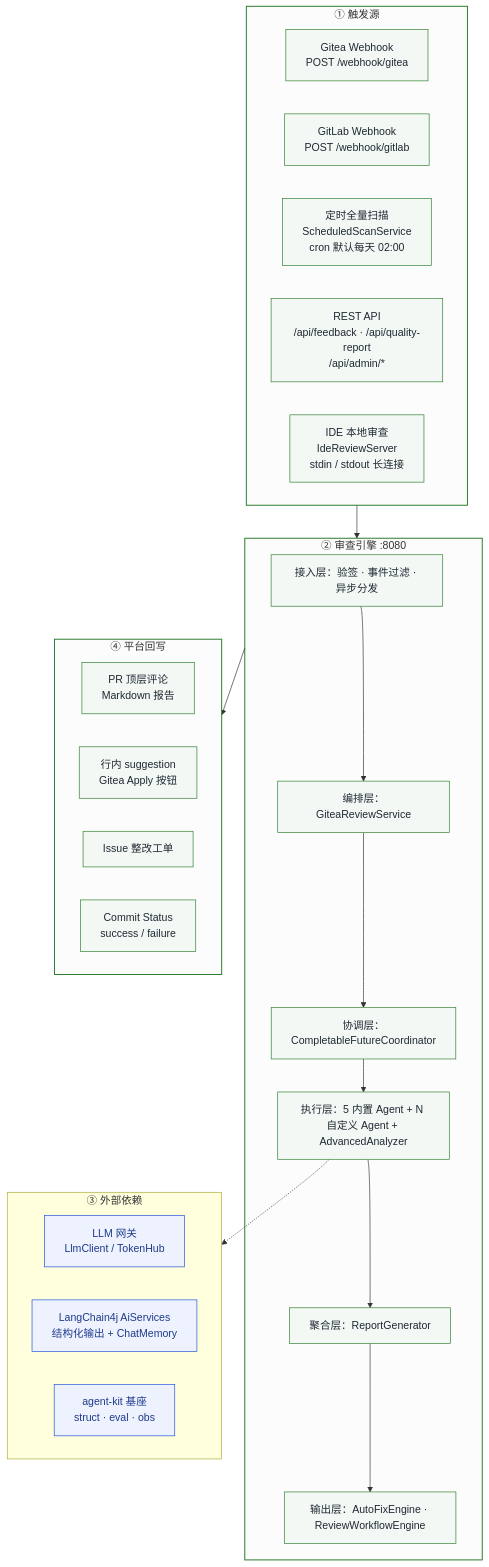
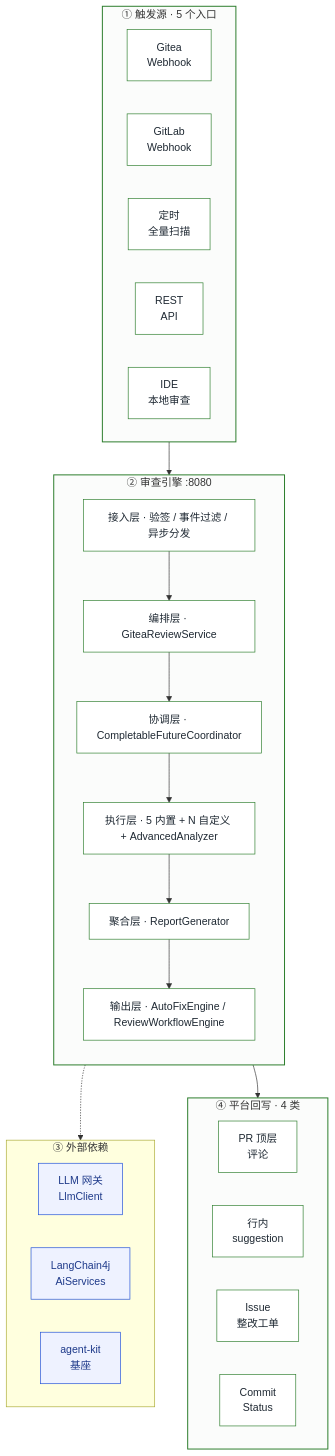
The diagram in docs/diagrams/l0-overview.mmd (13liyunfei/code-review-agent), drawn with Mermaid before and after one commit. The commit also changed 19 other files, not shown here.

First line of the commit message:
docs: 重排业务流程图集，修复内联 SVG 样式失效与文字溢出

```diff
--- a/docs/diagrams/l0-overview.mmd
+++ b/docs/diagrams/l0-overview.mmd
@@ -1,47 +1,46 @@
 flowchart TD
-    subgraph SRC["① 触发源"]
+    subgraph SRC["① 触发源 · 5 个入口"]
         direction LR
-        S1["Gitea Webhook<br/>POST /webhook/gitea"]
-        S2["GitLab Webhook<br/>POST /webhook/gitlab"]
-        S3["定时全量扫描<br/>ScheduledScanService<br/>cron 默认每天 02:00"]
-        S4["REST API<br/>/api/feedback · /api/quality-report<br/>/api/admin/*"]
-        S5["IDE 本地审查<br/>IdeReviewServer<br/>stdin / stdout 长连接"]
+        S1["Gitea<br/>Webhook"]
+        S2["GitLab<br/>Webhook"]
+        S3["定时<br/>全量扫描"]
+        S4["REST<br/>API"]
+        S5["IDE<br/>本地审查"]
     end
 
-    SRC --> ENG
-
     subgraph ENG["② 审查引擎 :8080"]
-        E1["接入层：验签 · 事件过滤 · 异步分发"]
-        E2["编排层：GiteaReviewService"]
-        E3["协调层：CompletableFutureCoordinator"]
-        E4["执行层：5 内置 Agent + N 自定义 Agent + AdvancedAnalyzer"]
-        E5["聚合层：ReportGenerator"]
-        E6["输出层：AutoFixEngine · ReviewWorkflowEngine"]
+        direction TB
+        E1["接入层 · 验签 / 事件过滤 / 异步分发"]
+        E2["编排层 · GiteaReviewService"]
+        E3["协调层 · CompletableFutureCoordinator"]
+        E4["执行层 · 5 内置 + N 自定义 + AdvancedAnalyzer"]
+        E5["聚合层 · ReportGenerator"]
+        E6["输出层 · AutoFixEngine / ReviewWorkflowEngine"]
         E1 --> E2 --> E3 --> E4 --> E5 --> E6
     end
 
-    E4 -.-> EXT
-
     subgraph EXT["③ 外部依赖"]
         direction LR
-        X1["LLM 网关<br/>LlmClient / TokenHub"]
-        X2["LangChain4j AiServices<br/>结构化输出 + ChatMemory"]
-        X3["agent-kit 基座<br/>struct · eval · obs"]
+        X1["LLM 网关<br/>LlmClient"]
+        X2["LangChain4j<br/>AiServices"]
+        X3["agent-kit<br/>基座"]
     end
 
-    ENG --> OUT
-
-    subgraph OUT["④ 平台回写"]
+    subgraph OUT["④ 平台回写 · 4 类"]
         direction LR
-        O1["PR 顶层评论<br/>Markdown 报告"]
-        O2["行内 suggestion<br/>Gitea Apply 按钮"]
-        O3["Issue 整改工单"]
-        O4["Commit Status<br/>success / failure"]
+        O1["PR 顶层<br/>评论"]
+        O2["行内<br/>suggestion"]
+        O3["Issue<br/>整改工单"]
+        O4["Commit<br/>Status"]
     end
 
+    SRC --> E1
+    E4 -.-> EXT
+    E6 --> OUT
+
     classDef grp fill:#FBFCFB,stroke:#2c7d2c,stroke-width:1.5px;
-    classDef n fill:#F3F8F4,stroke:#2c7d2c,stroke-width:1px,color:#1f2933;
+    classDef n fill:#FFFFFF,stroke:#2c7d2c,stroke-width:1px,color:#1f2933;
     classDef ext fill:#EEF2FF,stroke:#1d4ed8,stroke-width:1px,color:#1e3a8a;
     class SRC,ENG,OUT grp;
-    class E1,E2,E3,E4,E5,E6,O1,O2,O3,O4,S1,S2,S3,S4,S5 n;
+    class S1,S2,S3,S4,S5,E1,E2,E3,E4,E5,E6,O1,O2,O3,O4 n;
     class X1,X2,X3 ext;
```
